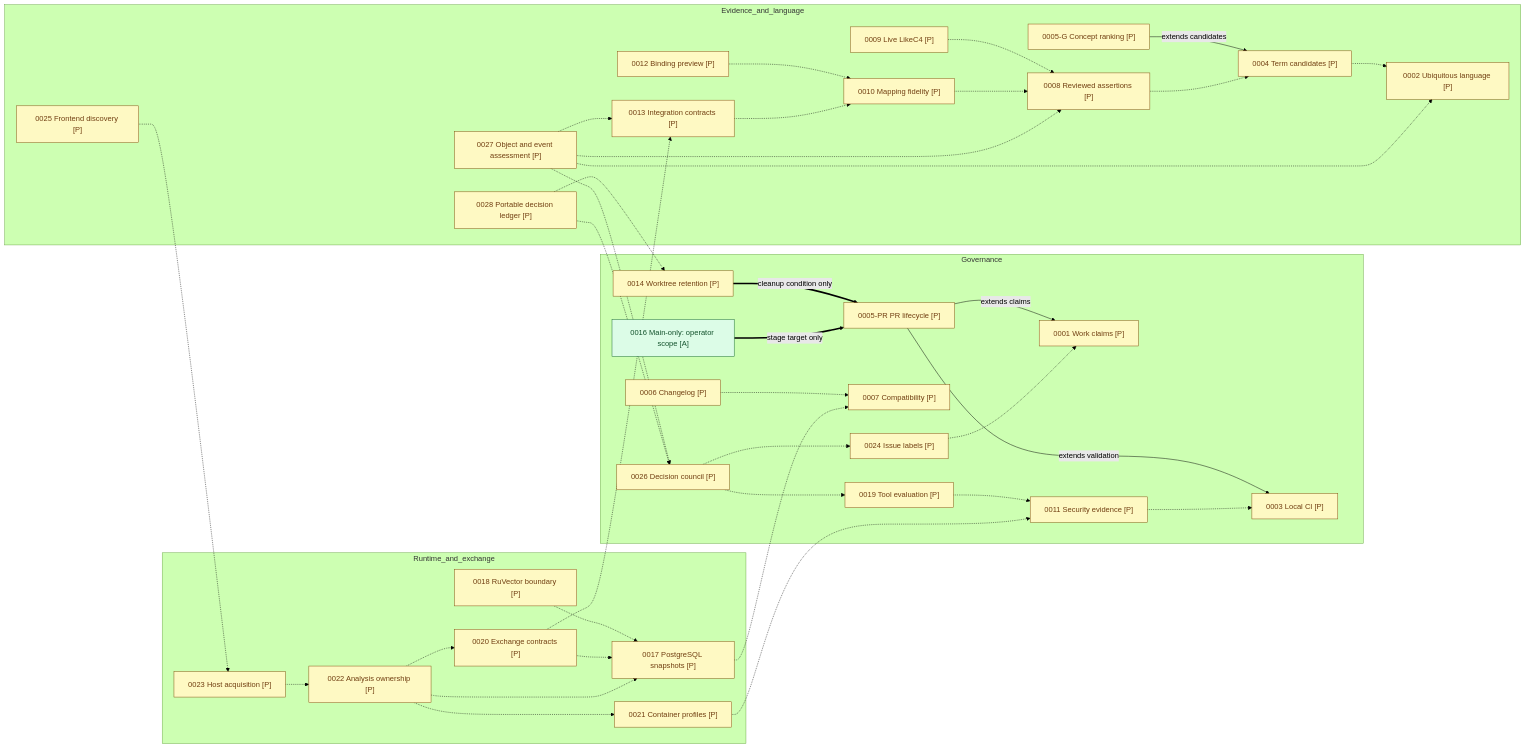
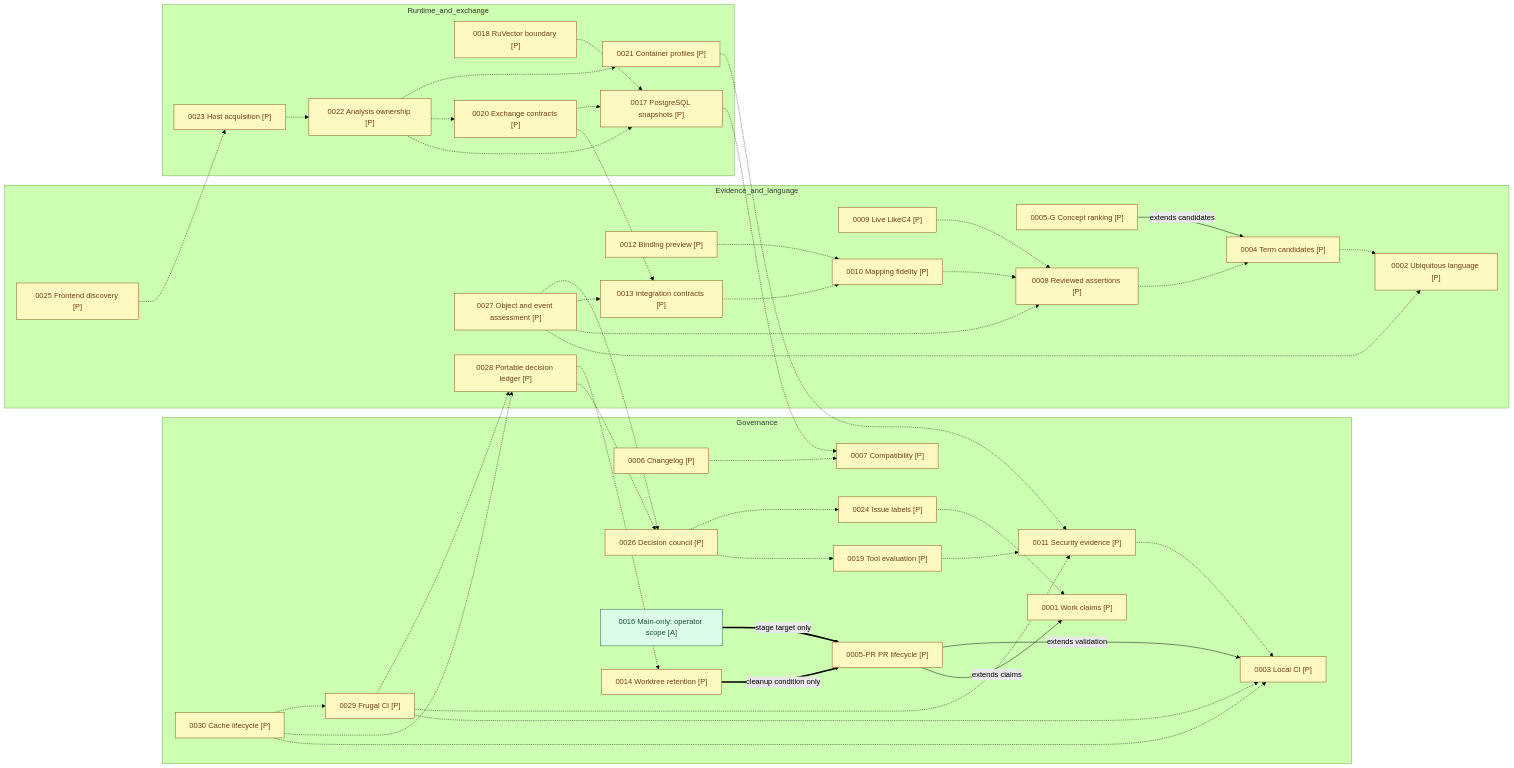
The diagram in docs/adr/README.md (Sonberg/capability-explorer), drawn with Mermaid (forest theme) before and after one commit. The commit also changed other lines of this file and 6 other files, not shown here.

First line of the commit message:
docs(ci): specify frugal gate and cache lifecycle (S97)

````diff
--- a/docs/adr/README.md
+++ b/docs/adr/README.md
@@ -67,74 +69,82 @@
 ```mermaid
 flowchart LR
   subgraph Governance
     a01["0001 Work claims [P]"]:::proposed
     a03["0003 Local CI [P]"]:::proposed
     a05p["0005-PR PR lifecycle [P]"]:::proposed
     a06["0006 Changelog [P]"]:::proposed
     a07["0007 Compatibility [P]"]:::proposed
     a11["0011 Security evidence [P]"]:::proposed
     a14["0014 Worktree retention [P]"]:::proposed
     a16["0016 Main-only: operator scope [A]"]:::accepted
     a19["0019 Tool evaluation [P]"]:::proposed
     a24["0024 Issue labels [P]"]:::proposed
     a26["0026 Decision council [P]"]:::proposed
+    a29["0029 Frugal CI [P]"]:::proposed
+    a30["0030 Cache lifecycle [P]"]:::proposed
   end
   subgraph Evidence_and_language
     a02["0002 Ubiquitous language [P]"]:::proposed
     a04["0004 Term candidates [P]"]:::proposed
     a05g["0005-G Concept ranking [P]"]:::proposed
     a08["0008 Reviewed assertions [P]"]:::proposed
     a09["0009 Live LikeC4 [P]"]:::proposed
     a10["0010 Mapping fidelity [P]"]:::proposed
     a12["0012 Binding preview [P]"]:::proposed
     a13["0013 Integration contracts [P]"]:::proposed
     a25["0025 Frontend discovery [P]"]:::proposed
     a27["0027 Object and event assessment [P]"]:::proposed
     a28["0028 Portable decision ledger [P]"]:::proposed
   end
   subgraph Runtime_and_exchange
     a17["0017 PostgreSQL snapshots [P]"]:::proposed
     a18["0018 RuVector boundary [P]"]:::proposed
     a20["0020 Exchange contracts [P]"]:::proposed
     a21["0021 Container profiles [P]"]:::proposed
     a22["0022 Analysis ownership [P]"]:::proposed
     a23["0023 Host acquisition [P]"]:::proposed
   end
   a05p -->|extends claims| a01
   a05p -->|extends validation| a03
   a14 ==>|cleanup condition only| a05p
   a16 ==>|stage target only| a05p
   a06 -.-> a07
   a11 -.-> a03
   a19 -.-> a11
   a24 -.-> a01
   a26 -.-> a19
   a26 -.-> a24
   a04 -.-> a02
   a05g -->|extends candidates| a04
   a08 -.-> a04
   a09 -.-> a08
   a10 -.-> a08
   a12 -.-> a10
   a13 -.-> a10
   a17 -.-> a07
   a18 -.-> a17
   a20 -.-> a13
   a20 -.-> a17
   a21 -.-> a11
   a22 -.-> a17
   a22 -.-> a20
   a22 -.-> a21
   a23 -.-> a22
   a25 -.-> a23
   a27 -.-> a02
   a27 -.-> a08
   a27 -.-> a13
   a27 -.-> a26
   a28 -.-> a26
   a28 -.-> a14
+  a29 -.-> a03
+  a29 -.-> a11
+  a29 -.-> a28
+  a30 -.-> a03
+  a30 -.-> a28
+  a30 -.-> a29
   classDef accepted fill:#dcfce7,stroke:#166534,color:#14532d
   classDef proposed fill:#fef9c3,stroke:#854d0e,color:#713f12
   classDef draft fill:#fee2e2,stroke:#991b1b,color:#7f1d1d
   classDef historical fill:#e5e7eb,stroke:#4b5563,color:#111827
 ```
````
